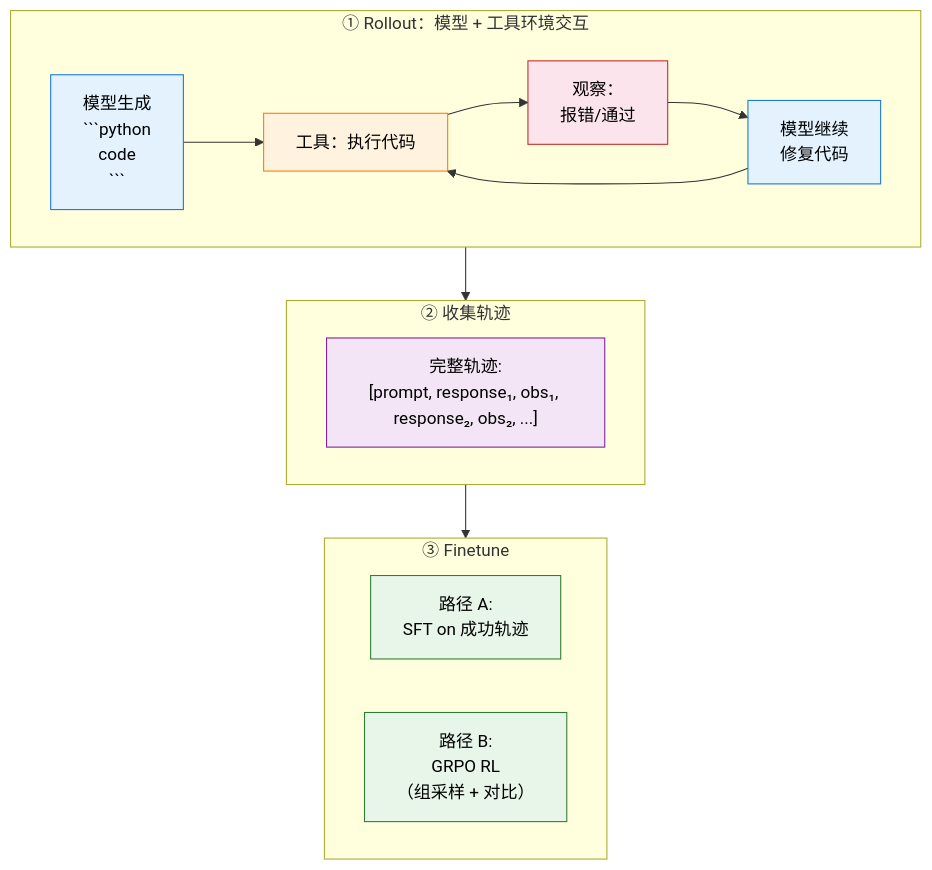
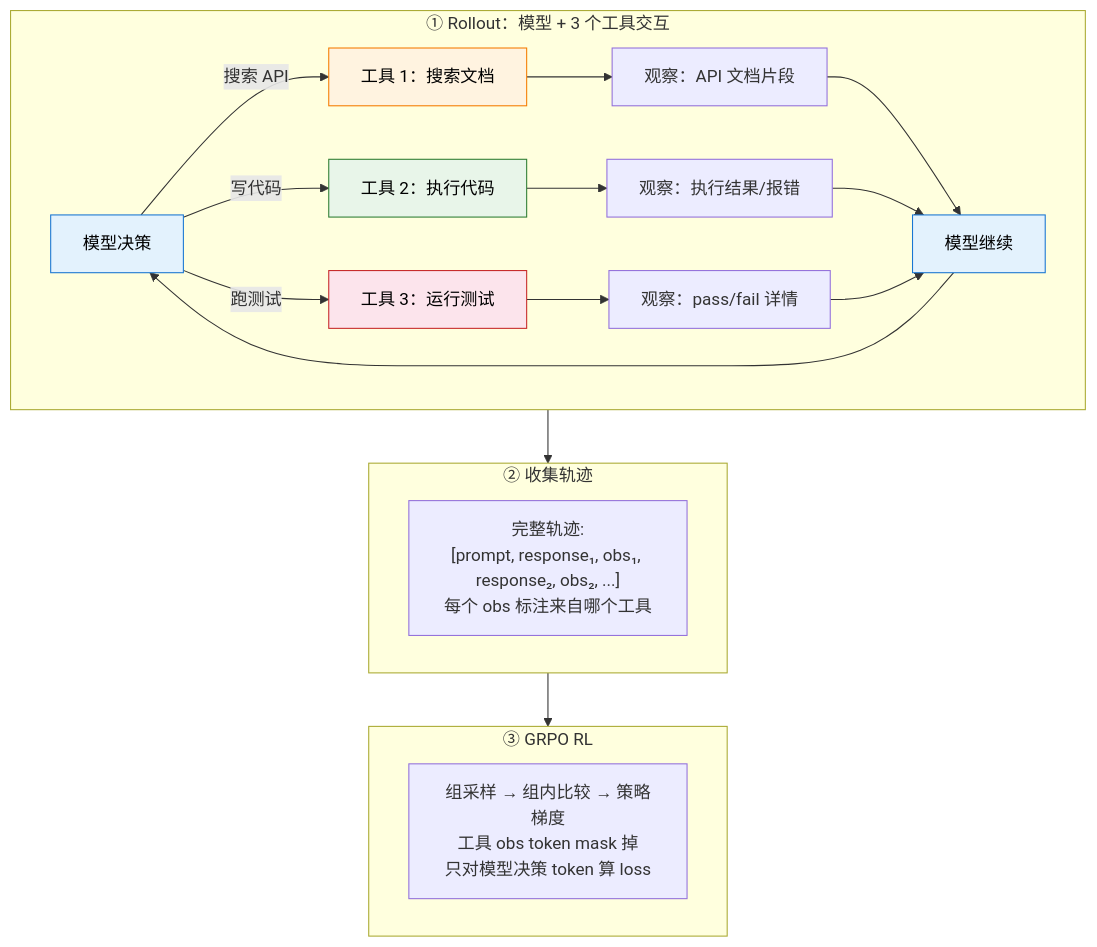
The diagram in docs/chapter12_agentic_rl/agentic-training-hands-on.md (vishalbelsare/hands-on-modern-rl), drawn with Mermaid before and after one commit. The commit also changed other lines of this file, not shown here.

````diff
--- a/docs/chapter12_agentic_rl/agentic-training-hands-on.md
+++ b/docs/chapter12_agentic_rl/agentic-training-hands-on.md
@@ -9,28 +11,31 @@
 ```mermaid
 flowchart TD
-    subgraph Rollout ["① Rollout：模型 + 工具环境交互"]
-        M1["模型生成\n```python\ncode\n```"] --> E["工具：执行代码"]
-        E --> O["观察：\n报错/通过"]
-        O --> M2["模型继续\n修复代码"]
-        M2 --> E
+    subgraph Rollout ["① Rollout：模型 + 3 个工具交互"]
+        M1["模型决策"] -->|"搜索 API"| S["工具 1：搜索文档"]
+        M1 -->|"写代码"| E["工具 2：执行代码"]
+        M1 -->|"跑测试"| T["工具 3：运行测试"]
+        S --> O1["观察：API 文档片段"]
+        E --> O2["观察：执行结果/报错"]
+        T --> O3["观察：pass/fail 详情"]
+        O1 --> M2["模型继续"]
+        O2 --> M2
+        O3 --> M2
+        M2 --> M1
     end
 
     subgraph Collect ["② 收集轨迹"]
-        T["完整轨迹:\n[prompt, response₁, obs₁, response₂, obs₂, ...]"]
+        TR["完整轨迹:\n[prompt, response₁, obs₁, response₂, obs₂, ...]\n每个 obs 标注来自哪个工具"]
     end
 
-    subgraph Train ["③ Finetune"]
-        S["路径 A:\nSFT on 成功轨迹"] 
-        R["路径 B:\nGRPO RL\n（组采样 + 对比）"]
+    subgraph Train ["③ GRPO RL"]
+        G["组采样 → 组内比较 → 策略梯度\n工具 obs token mask 掉\n只对模型决策 token 算 loss"]
     end
 
     Rollout --> Collect --> Train
 
     style M1 fill:#e3f2fd,stroke:#1976d2,color:#000
-    style E fill:#fff3e0,stroke:#f57c00,color:#000
-    style O fill:#fce4ec,stroke:#c62828,color:#000
+    style S fill:#fff3e0,stroke:#f57c00,color:#000
+    style E fill:#e8f5e9,stroke:#2e7d32,color:#000
+    style T fill:#fce4ec,stroke:#c62828,color:#000
     style M2 fill:#e3f2fd,stroke:#1976d2,color:#000
-    style T fill:#f3e5f5,stroke:#7b1fa2,color:#000
-    style S fill:#e8f5e9,stroke:#2e7d32,color:#000
-    style R fill:#e8f5e9,stroke:#2e7d32,color:#000
 ```
````
